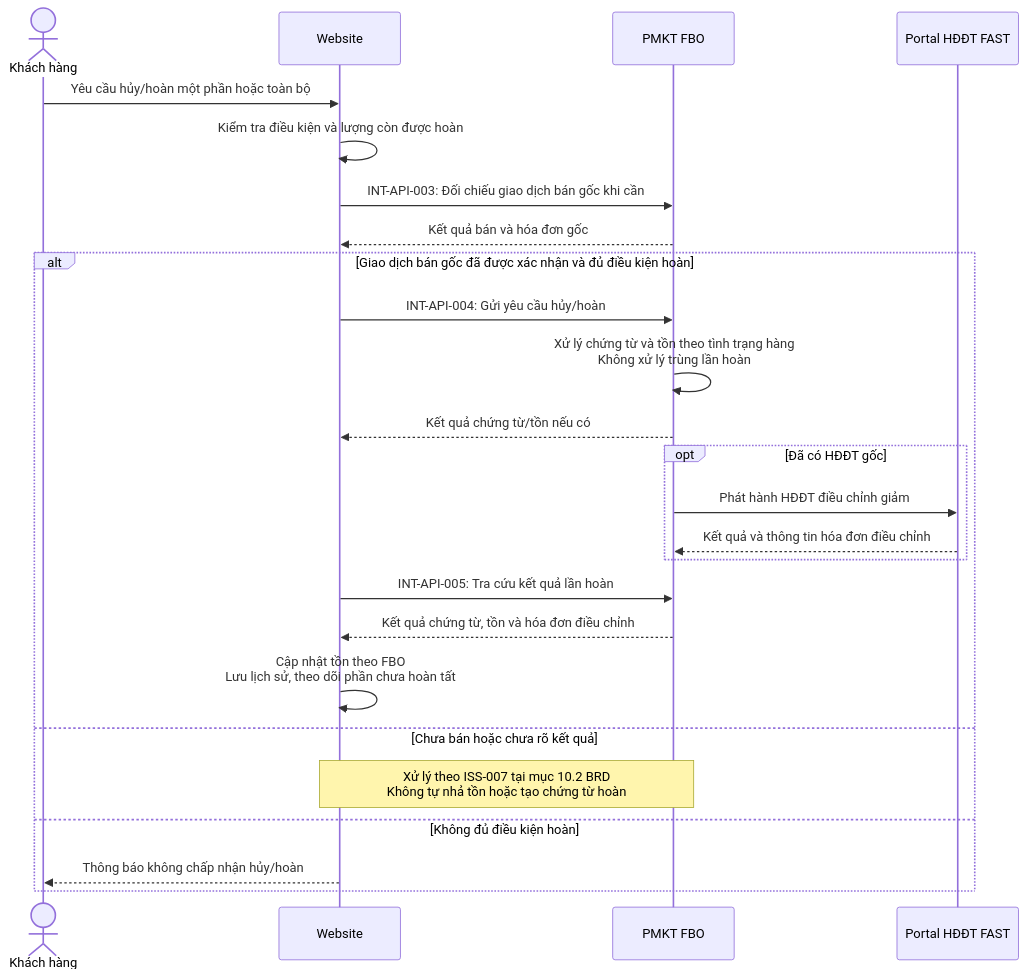
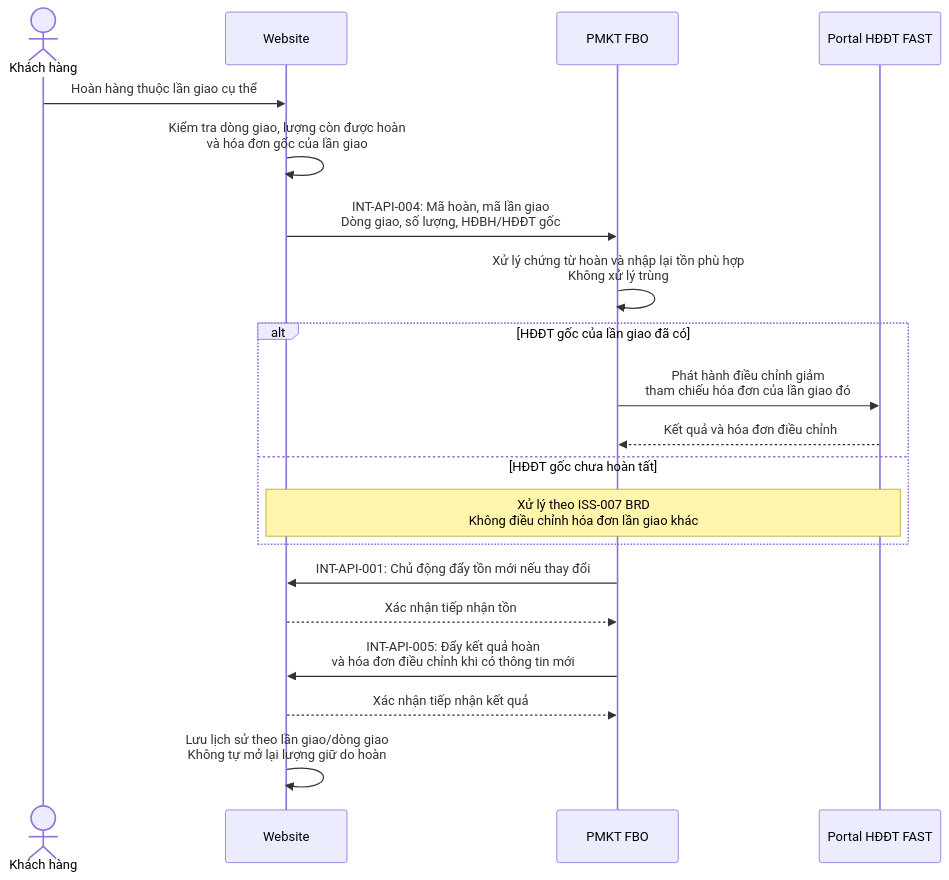
The third of 3 diagrams in TOM_TAT_YEU_CAU_GIAI_PHAP_API.md (quangnh0609/PhuongThao), drawn with Mermaid before and after one commit. The commit also changed other lines of this file and 56 other files, not shown here.

````diff
--- a/TOM_TAT_YEU_CAU_GIAI_PHAP_API.md
+++ b/TOM_TAT_YEU_CAU_GIAI_PHAP_API.md
@@ -102,27 +96,22 @@
 ```mermaid
 sequenceDiagram
     actor KH as Khách hàng
     participant WEB as Website
     participant FBO as PMKT FBO
     participant PORTAL as Portal HĐĐT FAST
-    KH->>WEB: Yêu cầu hủy/hoàn một phần hoặc toàn bộ
-    WEB->>WEB: Kiểm tra điều kiện và lượng còn được hoàn
-    WEB->>FBO: INT-API-003: Đối chiếu giao dịch bán gốc khi cần
-    FBO-->>WEB: Kết quả bán và hóa đơn gốc
-    alt Giao dịch bán gốc đã được xác nhận và đủ điều kiện hoàn
-        WEB->>FBO: INT-API-004: Gửi yêu cầu hủy/hoàn
-        FBO->>FBO: Xử lý chứng từ và tồn theo tình trạng hàng<br/>Không xử lý trùng lần hoàn
-        FBO-->>WEB: Kết quả chứng từ/tồn nếu có
-        opt Đã có HĐĐT gốc
-            FBO->>PORTAL: Phát hành HĐĐT điều chỉnh giảm
-            PORTAL-->>FBO: Kết quả và thông tin hóa đơn điều chỉnh
-        end
-        WEB->>FBO: INT-API-005: Tra cứu kết quả lần hoàn
-        FBO-->>WEB: Kết quả chứng từ, tồn và hóa đơn điều chỉnh
-        WEB->>WEB: Cập nhật tồn theo FBO<br/>Lưu lịch sử, theo dõi phần chưa hoàn tất
-    else Chưa bán hoặc chưa rõ kết quả
-        Note over WEB,FBO: Xử lý theo ISS-007 tại mục 10.2 BRD<br/>Không tự nhả tồn hoặc tạo chứng từ hoàn
-    else Không đủ điều kiện hoàn
-        WEB-->>KH: Thông báo không chấp nhận hủy/hoàn
+    KH->>WEB: Hoàn hàng thuộc lần giao cụ thể
+    WEB->>WEB: Kiểm tra dòng giao, lượng còn được hoàn<br/>và hóa đơn gốc của lần giao
+    WEB->>FBO: INT-API-004: Mã hoàn, mã lần giao<br/>Dòng giao, số lượng, HĐBH/HĐĐT gốc
+    FBO->>FBO: Xử lý chứng từ hoàn và nhập lại tồn phù hợp<br/>Không xử lý trùng
+    alt HĐĐT gốc của lần giao đã có
+        FBO->>PORTAL: Phát hành điều chỉnh giảm<br/>tham chiếu hóa đơn của lần giao đó
+        PORTAL-->>FBO: Kết quả và hóa đơn điều chỉnh
+    else HĐĐT gốc chưa hoàn tất
+        Note over WEB,PORTAL: Xử lý theo ISS-007 BRD<br/>Không điều chỉnh hóa đơn lần giao khác
     end
+    FBO->>WEB: INT-API-001: Chủ động đẩy tồn mới nếu thay đổi
+    WEB-->>FBO: Xác nhận tiếp nhận tồn
+    FBO->>WEB: INT-API-005: Đẩy kết quả hoàn<br/>và hóa đơn điều chỉnh khi có thông tin mới
+    WEB-->>FBO: Xác nhận tiếp nhận kết quả
+    WEB->>WEB: Lưu lịch sử theo lần giao/dòng giao<br/>Không tự mở lại lượng giữ do hoàn
 ```
````
